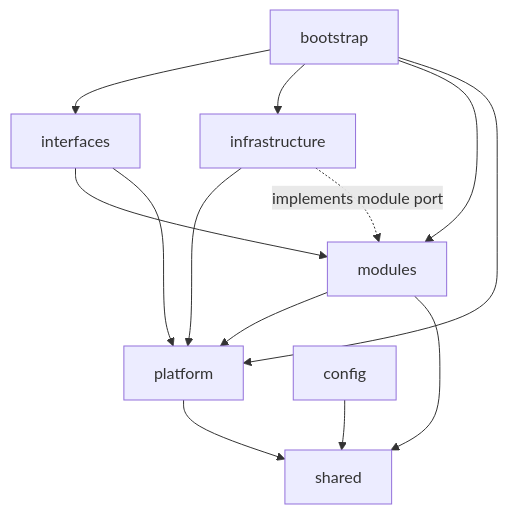
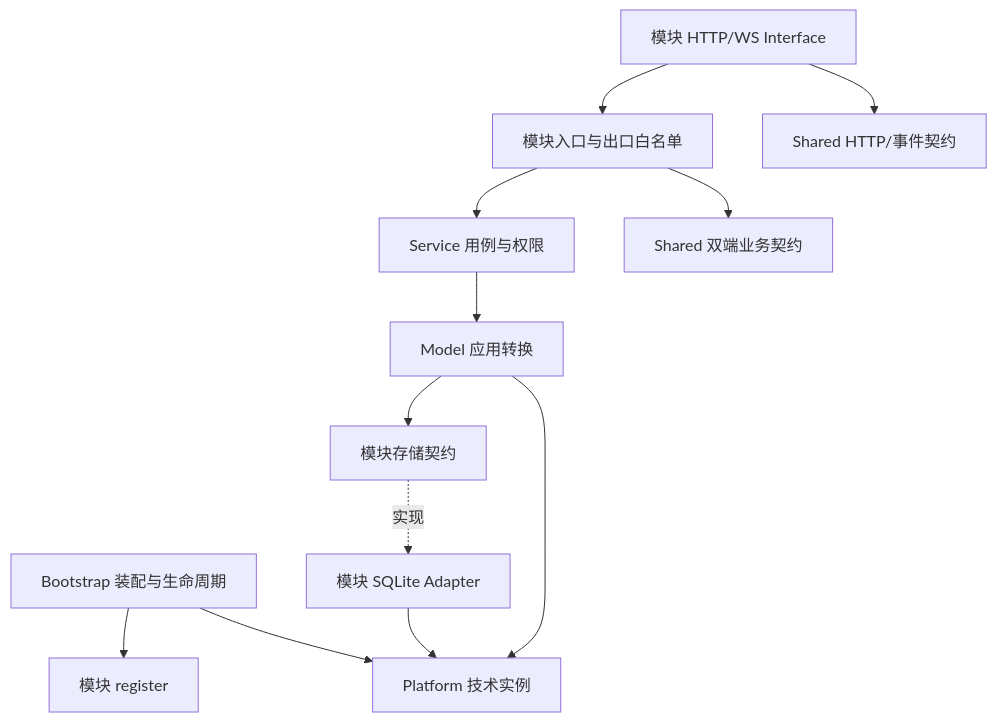
One commit to 0honus0/nexus-terminal changed the diagram in doc/architecture/BACKEND.md. Above: the diagram before and after it, drawn with Mermaid. The commit also changed other lines of this file and 18 other files, not shown here.

````diff
--- a/doc/architecture/BACKEND.md
+++ b/doc/architecture/BACKEND.md
@@ -415,15 +89,14 @@
 ```mermaid
 flowchart TD
-  Bootstrap[bootstrap] --> Interfaces[interfaces]
-  Bootstrap --> Infrastructure[infrastructure]
-  Bootstrap --> Modules[modules]
-  Bootstrap --> Platform[platform]
-  Interfaces --> Modules
-  Interfaces --> Platform
-  Infrastructure --> Platform
-  Infrastructure -. implements module port .-> Modules
-  Modules --> Platform
-  Modules --> Shared[shared]
-  Platform --> Shared
-  Config[config] --> Shared
+    B[Bootstrap 装配与生命周期] --> R[模块 register]
+    B --> P[Platform 技术实例]
+    I[模块 HTTP/WS Interface] --> U[模块入口与出口白名单]
+    U --> S[Service 用例与权限]
+    S --> M[Model 应用转换]
+    M --> C[模块存储契约]
+    C -.实现.-> A[模块 SQLite Adapter]
+    A --> P
+    M --> P
+    I --> H[Shared HTTP/事件契约]
+    U --> V[Shared 双端业务契约]
 ```
````
